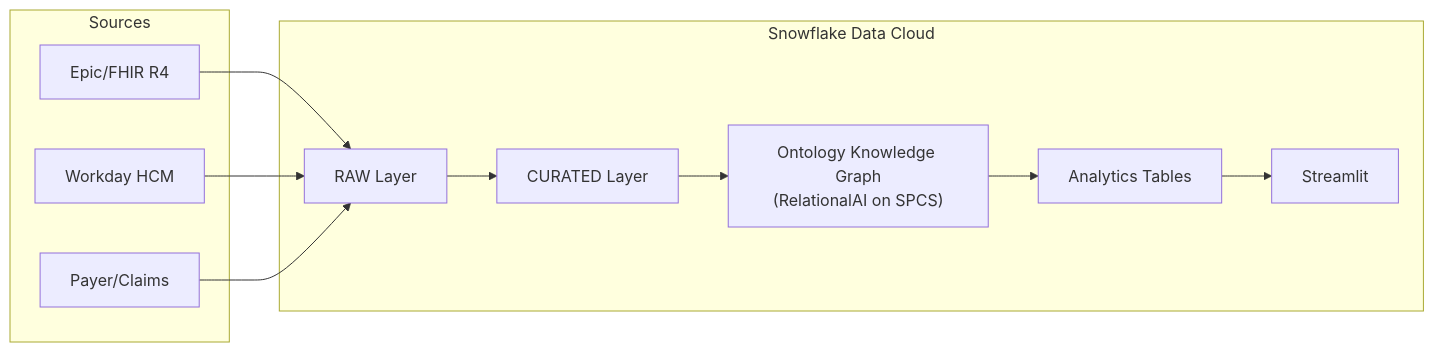
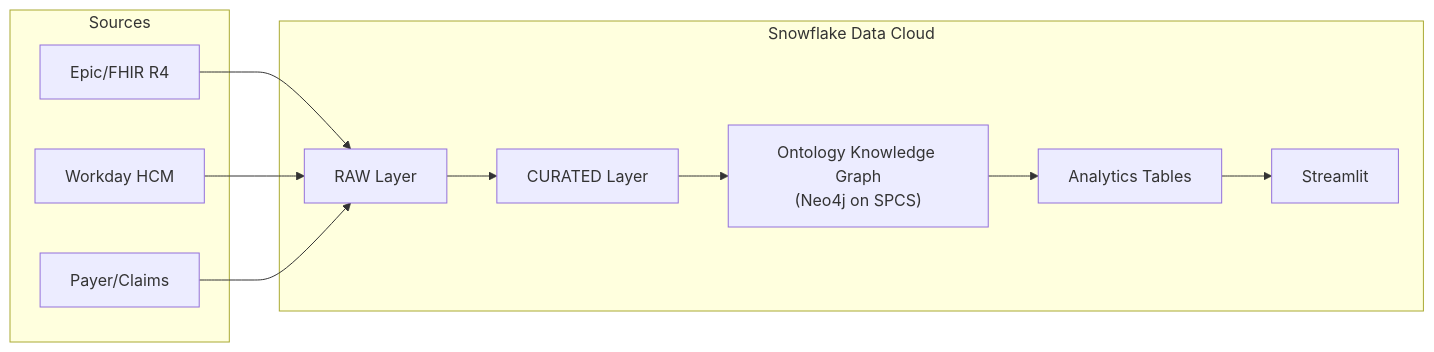
One commit to sfc-gh-smitchener-1/snowflake-dca-fullstack-demo changed the first of 2 diagrams in industry-demos/hcls/README.md. Above: the diagram before and after it, drawn with Mermaid. The commit also changed other lines of this file and 44 other files, not shown here.

````diff
--- a/industry-demos/hcls/README.md
+++ b/industry-demos/hcls/README.md
@@ -23,24 +23,24 @@
 ```mermaid
 graph LR
     subgraph Sources
         EPIC["Epic/FHIR R4"]
         WD["Workday HCM"]
         PAYER["Payer/Claims"]
     end
 
     subgraph "Snowflake Data Cloud"
         RAW["RAW Layer"]
         CUR["CURATED Layer"]
-        KG["Ontology Knowledge Graph<br/>(RelationalAI on SPCS)"]
+        KG["Ontology Knowledge Graph<br/>(Neo4j on SPCS)"]
         ANA["Analytics Tables"]
         SIS["Streamlit"]
     end
 
     EPIC --> RAW
     WD --> RAW
     PAYER --> RAW
     RAW --> CUR
     CUR --> KG
     KG --> ANA
     ANA --> SIS
 ```
````
